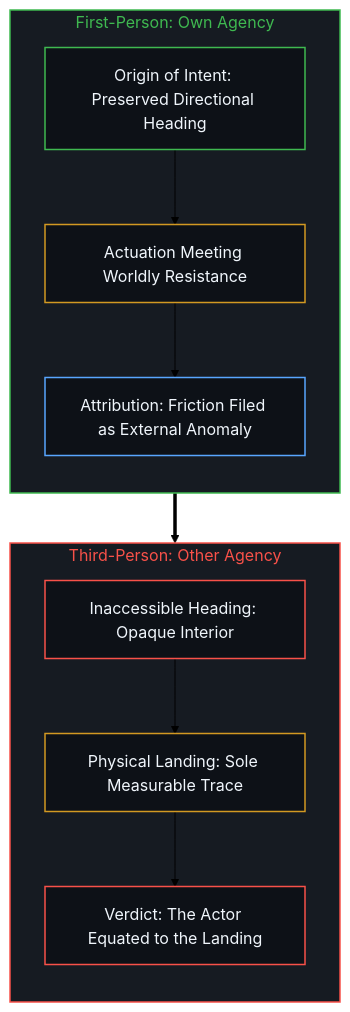
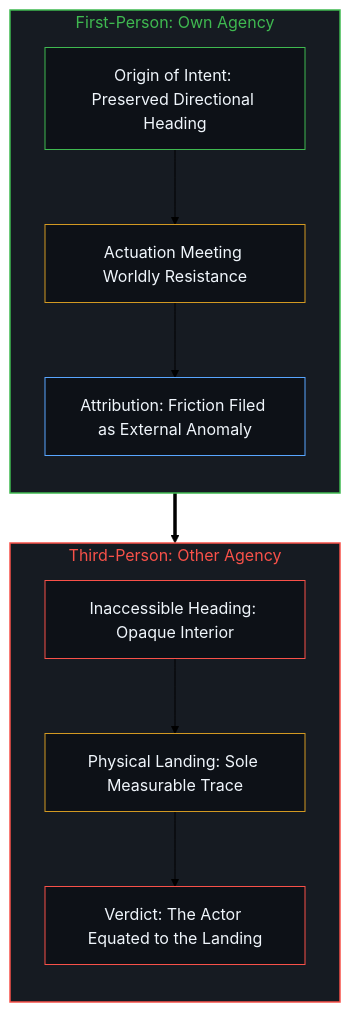
Before and after one commit to powerpig99/not-a-toe: the fourth of 8 diagrams in content/posts/the-unexamined-critic.md, drawn with Mermaid (forest theme). The commit also changed other lines of this file and 12 other files, not shown here.

````diff
--- a/content/posts/the-unexamined-critic.md
+++ b/content/posts/the-unexamined-critic.md
@@ -111,29 +109,29 @@
 ```mermaid
 flowchart TD
-    classDef default fill:#0d1117,stroke:#30363d,stroke-width:1px,color:#f0f6fc;
-    classDef mind fill:#0d1117,stroke:#3fb950,stroke-width:1.5px,color:#f0f6fc;
-    classDef warn fill:#0d1117,stroke:#d29922,stroke-width:1.5px,color:#f0f6fc;
-    classDef fail fill:#0d1117,stroke:#f85149,stroke-width:1.5px,color:#f0f6fc;
-    classDef model fill:#0d1117,stroke:#58a6ff,stroke-width:1.5px,color:#f0f6fc;
-
     subgraph S_Self ["First-Person: Own Agency"]
         direction TB
-        SelfIntent["Origin of Intent: Preserved Directional Heading"]:::mind
-        SelfAction["Actuation Meeting Worldly Resistance"]:::warn
-        SelfExcuse["Attribution: Friction Filed as External Anomaly"]:::model
+        SelfIntent["Origin of Intent: Preserved Directional Heading"]
+        SelfAction["Actuation Meeting Worldly Resistance"]
+        SelfExcuse["Attribution: Friction Filed as External Anomaly"]
         SelfIntent --> SelfAction --> SelfExcuse
     end
 
     subgraph S_Other ["Third-Person: Other Agency"]
         direction TB
-        OtherHidden["Inaccessible Heading: Opaque Interior"]:::fail
-        OtherTrace["Physical Landing: Sole Measurable Trace"]:::warn
-        OtherVerdict["Verdict: The Actor Equated to the Landing"]:::fail
+        OtherHidden["Inaccessible Heading: Opaque Interior"]
+        OtherTrace["Physical Landing: Sole Measurable Trace"]
+        OtherVerdict["Verdict: The Actor Equated to the Landing"]
         OtherHidden --> OtherTrace --> OtherVerdict
     end
 
     S_Self ==> S_Other
 
     style S_Self fill:#161b22,stroke:#3fb950,stroke-width:1.5px,color:#3fb950
     style S_Other fill:#161b22,stroke:#f85149,stroke-width:1.5px,color:#f85149
+    style SelfIntent fill:#0d1117,stroke:#3fb950,stroke-width:1px,color:#f0f6fc
+    style SelfAction fill:#0d1117,stroke:#d29922,stroke-width:1px,color:#f0f6fc
+    style SelfExcuse fill:#0d1117,stroke:#58a6ff,stroke-width:1px,color:#f0f6fc
+    style OtherHidden fill:#0d1117,stroke:#f85149,stroke-width:1px,color:#f0f6fc
+    style OtherTrace fill:#0d1117,stroke:#d29922,stroke-width:1px,color:#f0f6fc
+    style OtherVerdict fill:#0d1117,stroke:#f85149,stroke-width:1px,color:#f0f6fc
 ```
````
